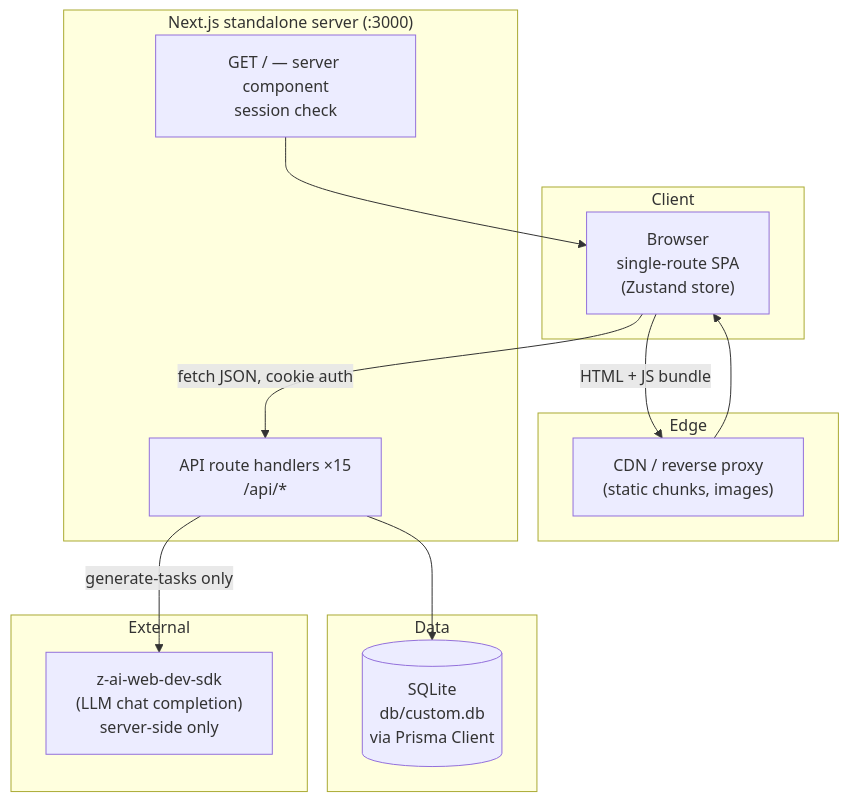
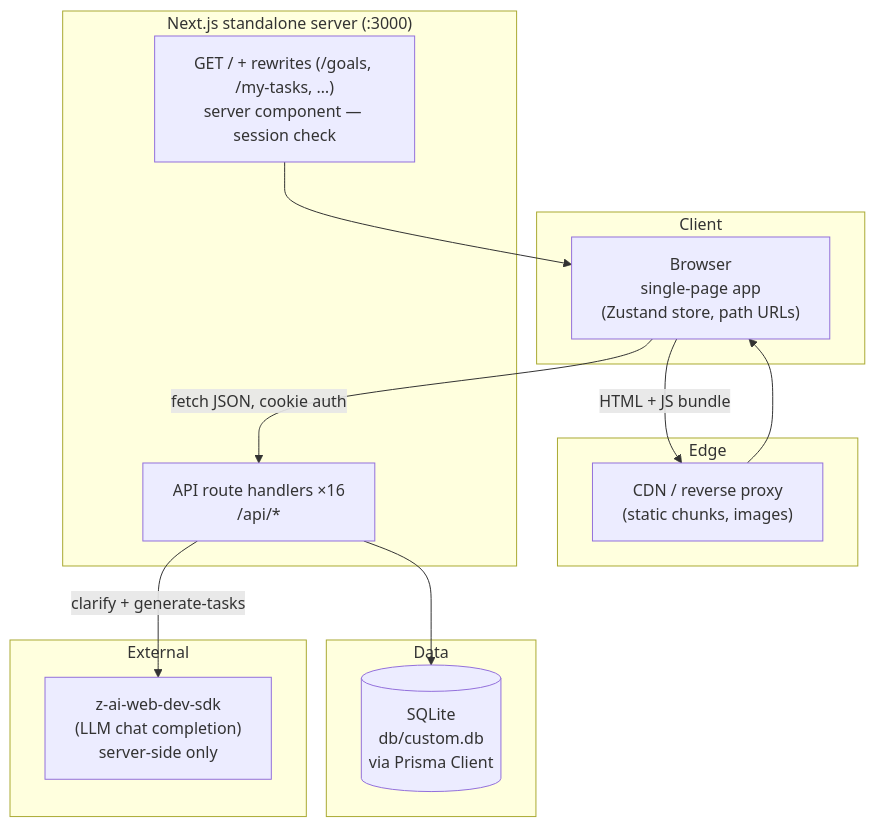
One commit to nordeim/project-management changed the first of 2 diagrams in Project_Architecture_Document.md. Above: the diagram before and after it, drawn with Mermaid. The commit also changed other lines of this file and 3 other files, not shown here.

````diff
--- a/Project_Architecture_Document.md
+++ b/Project_Architecture_Document.md
@@ -123,25 +138,25 @@
 ```mermaid
 flowchart TB
     subgraph Client
-        B["Browser<br/>single-route SPA<br/>(Zustand store)"]
+        B["Browser<br/>single-page app<br/>(Zustand store, path URLs)"]
     end
     subgraph Edge
         C["CDN / reverse proxy<br/>(static chunks, images)"]
     end
     subgraph App["Next.js standalone server (:3000)"]
-        P["GET / — server component<br/>session check"]
-        A["API route handlers ×15<br/>/api/*"]
+        P["GET / + rewrites (/goals, /my-tasks, …)<br/>server component — session check"]
+        A["API route handlers ×16<br/>/api/*"]
     end
     subgraph Data
         D[("SQLite<br/>db/custom.db<br/>via Prisma Client")]
     end
     subgraph External
         Z["z-ai-web-dev-sdk<br/>(LLM chat completion)<br/>server-side only"]
     end
     B -->|"HTML + JS bundle"| C
     B -->|"fetch JSON, cookie auth"| A
     C --> B
     P --> B
     A --> D
-    A -->|"generate-tasks only"| Z
+    A -->|"clarify + generate-tasks"| Z
 ```
````
